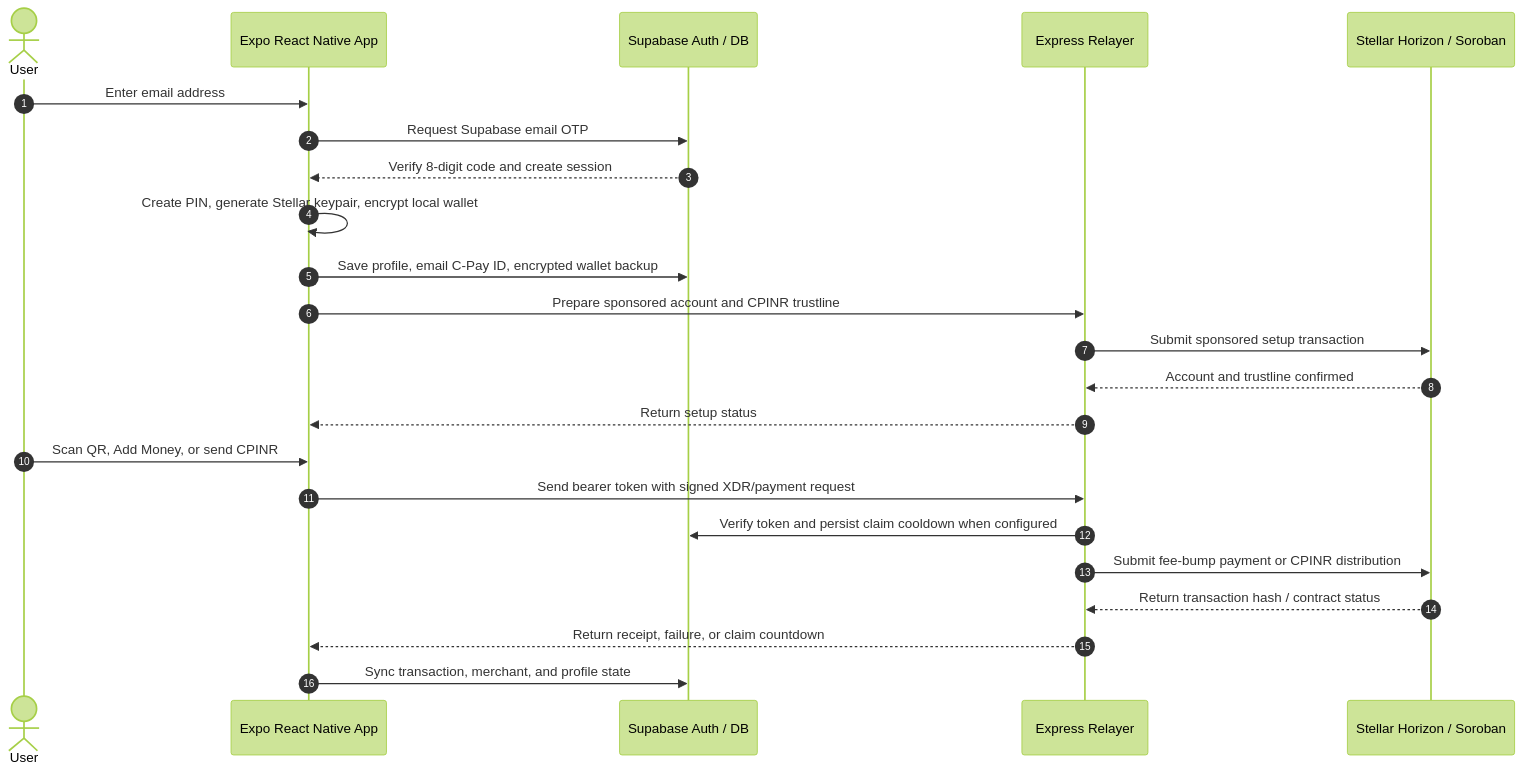
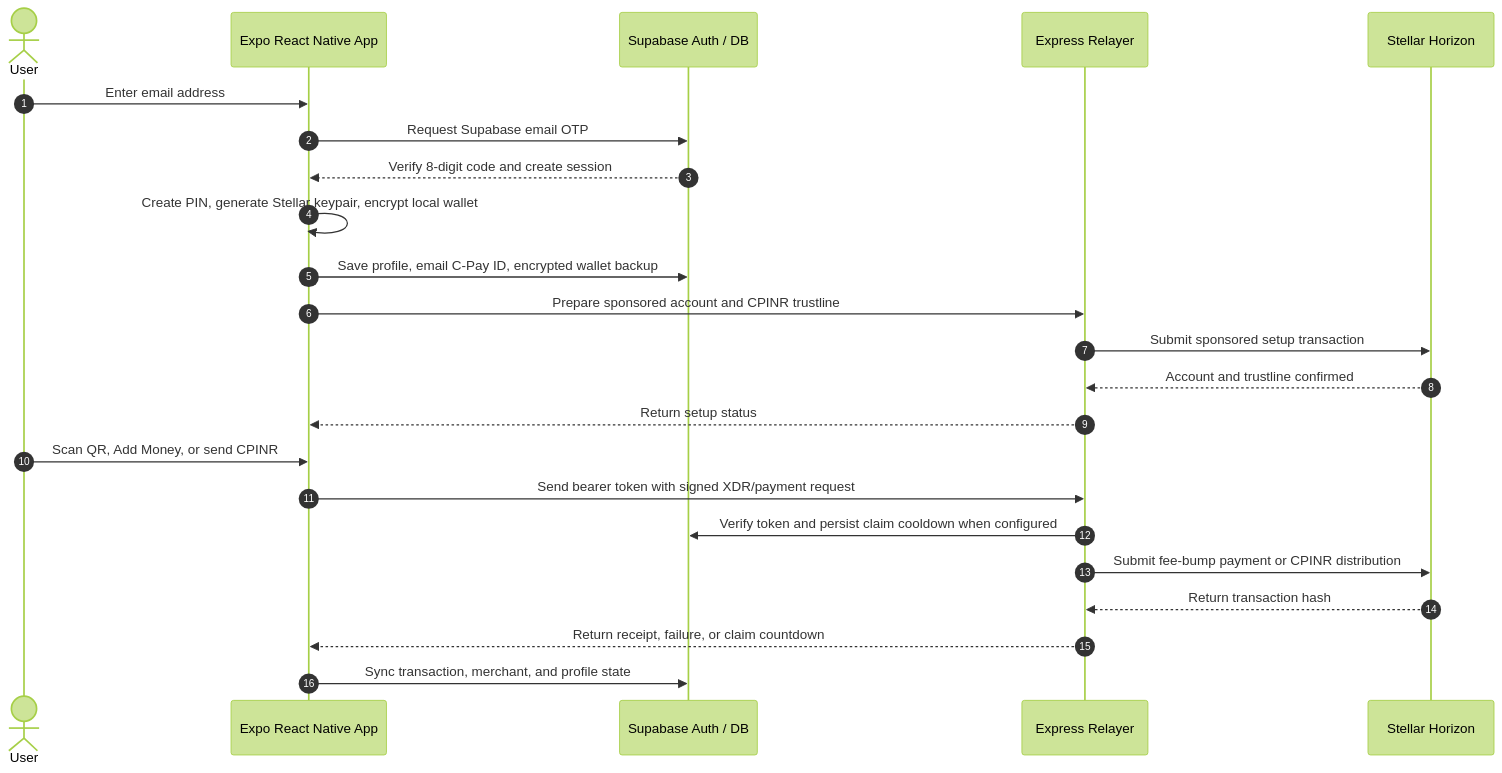
One commit to Soumen1080/C-Pay changed the second of 2 diagrams in README.md. Above: the diagram before and after it, drawn with Mermaid (forest theme). The commit also changed other lines of this file and 15 other files, not shown here.

First line of the commit message:
refactor(blockchain): delete Soroban contract and deployment tooling

````diff
--- a/README.md
+++ b/README.md
@@ -397,26 +385,26 @@
 ```mermaid
 sequenceDiagram
     autonumber
     actor User
     participant App as Expo React Native App
     participant Supabase as Supabase Auth / DB
     participant Relayer as Express Relayer
-    participant Chain as Stellar Horizon / Soroban
+    participant Chain as Stellar Horizon
 
     User->>App: Enter email address
     App->>Supabase: Request Supabase email OTP
     Supabase-->>App: Verify 8-digit code and create session
     App->>App: Create PIN, generate Stellar keypair, encrypt local wallet
     App->>Supabase: Save profile, email C-Pay ID, encrypted wallet backup
     App->>Relayer: Prepare sponsored account and CPINR trustline
     Relayer->>Chain: Submit sponsored setup transaction
     Chain-->>Relayer: Account and trustline confirmed
     Relayer-->>App: Return setup status
     User->>App: Scan QR, Add Money, or send CPINR
     App->>Relayer: Send bearer token with signed XDR/payment request
     Relayer->>Supabase: Verify token and persist claim cooldown when configured
     Relayer->>Chain: Submit fee-bump payment or CPINR distribution
-    Chain-->>Relayer: Return transaction hash / contract status
+    Chain-->>Relayer: Return transaction hash
     Relayer-->>App: Return receipt, failure, or claim countdown
     App->>Supabase: Sync transaction, merchant, and profile state
 ```
````
